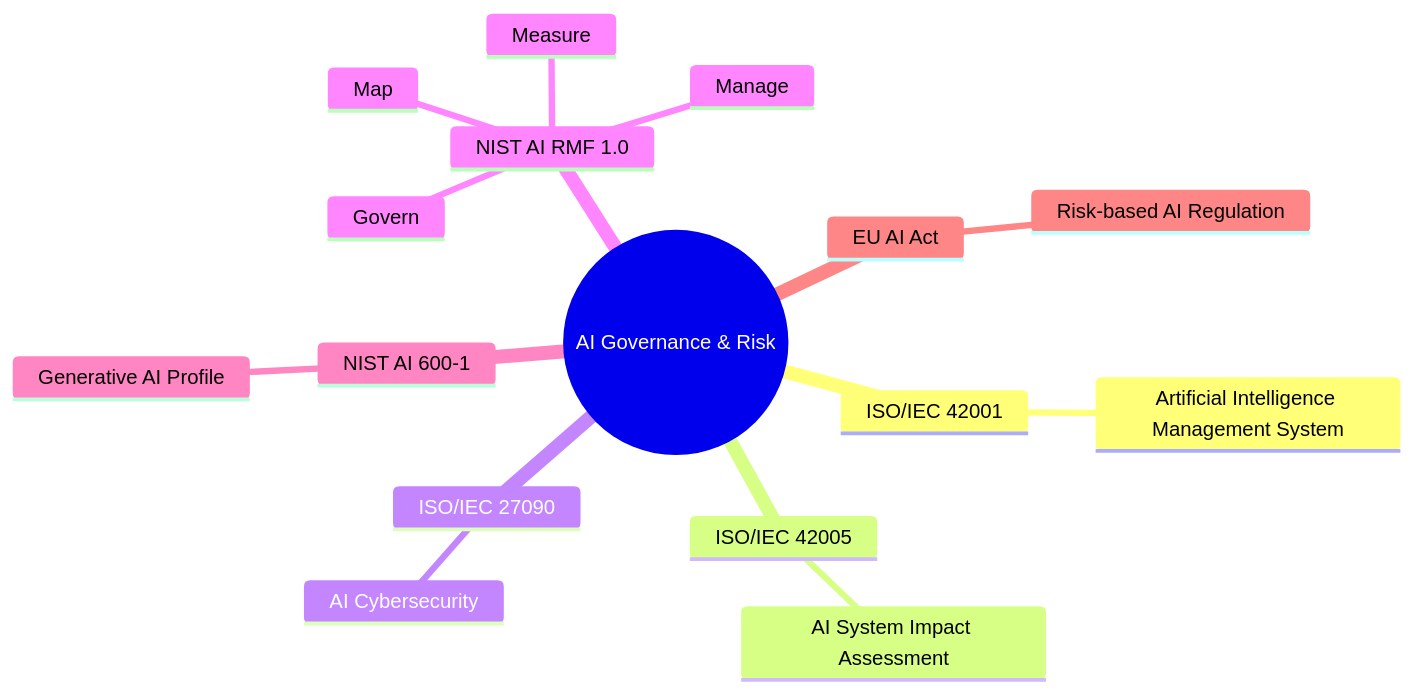
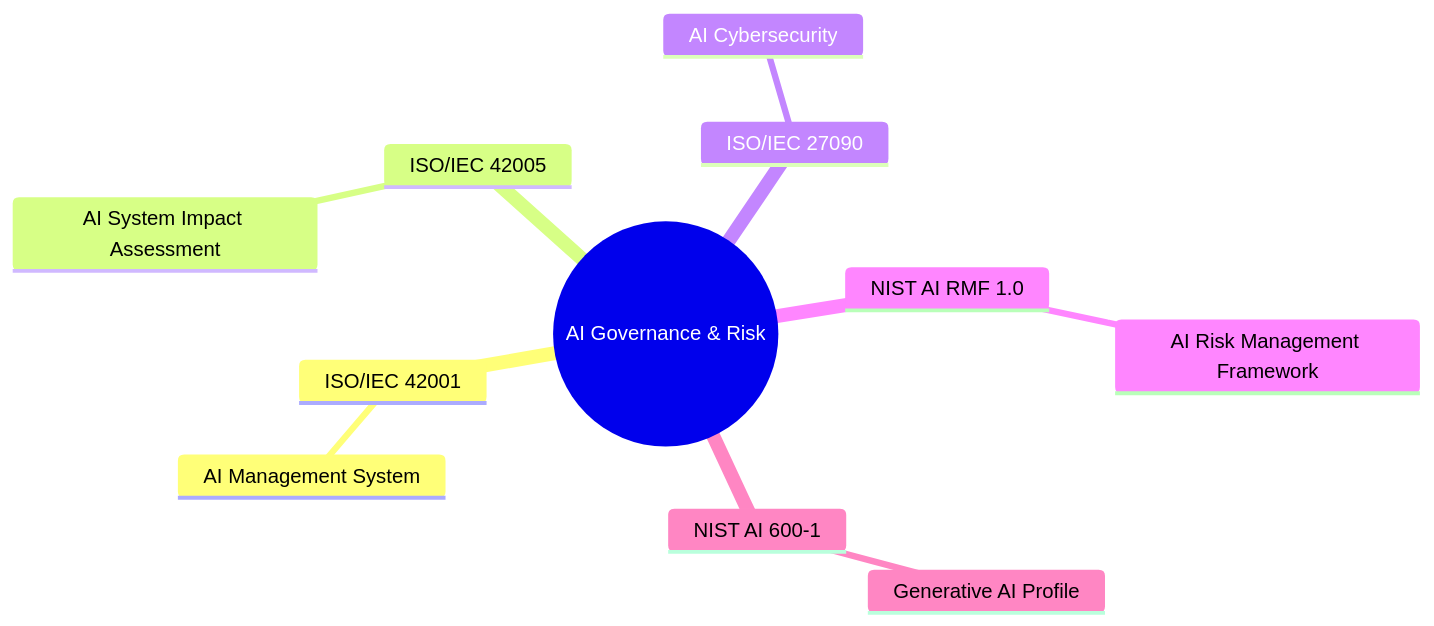
Before and after one commit to carybdea/mindmaps: the diagram in cybersecurity-grc-map/docs/ai-governance-risk.md, drawn with Mermaid. The commit also changed 19 other files, not shown here.

First line of the commit message:
Reorganize mind map structure

````diff
--- a/cybersecurity-grc-map/docs/ai-governance-risk.md
+++ b/cybersecurity-grc-map/docs/ai-governance-risk.md
@@ -3,19 +3,14 @@
 ```mermaid
 mindmap
   root((AI Governance & Risk))
     ISO/IEC 42001
-      Artificial Intelligence Management System
+      AI Management System
     ISO/IEC 42005
       AI System Impact Assessment
     ISO/IEC 27090
       AI Cybersecurity
     NIST AI RMF 1.0
-      Govern
-      Map
-      Measure
-      Manage
+      AI Risk Management Framework
     NIST AI 600-1
       Generative AI Profile
-    EU AI Act
-      Risk-based AI Regulation
 ```
````
